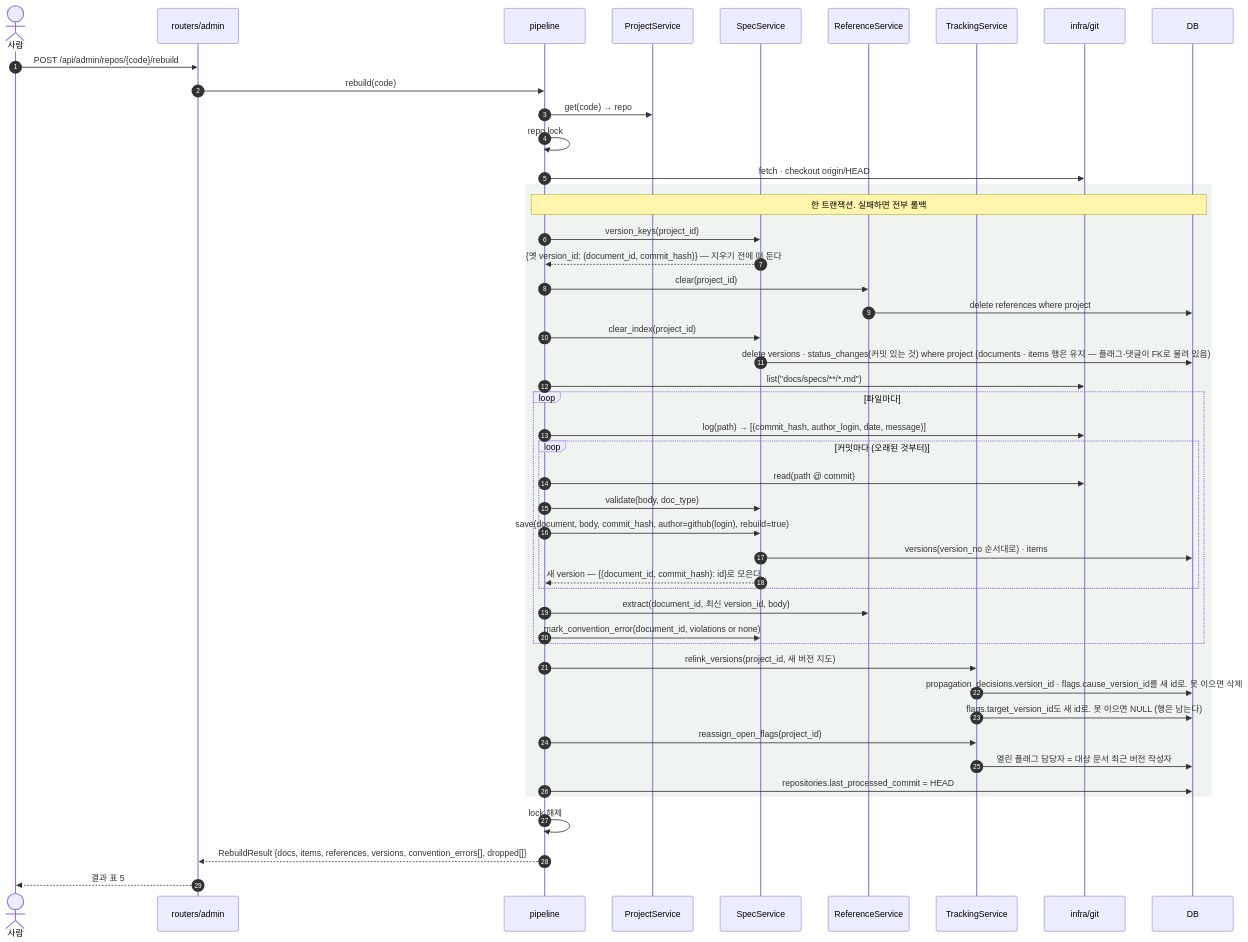
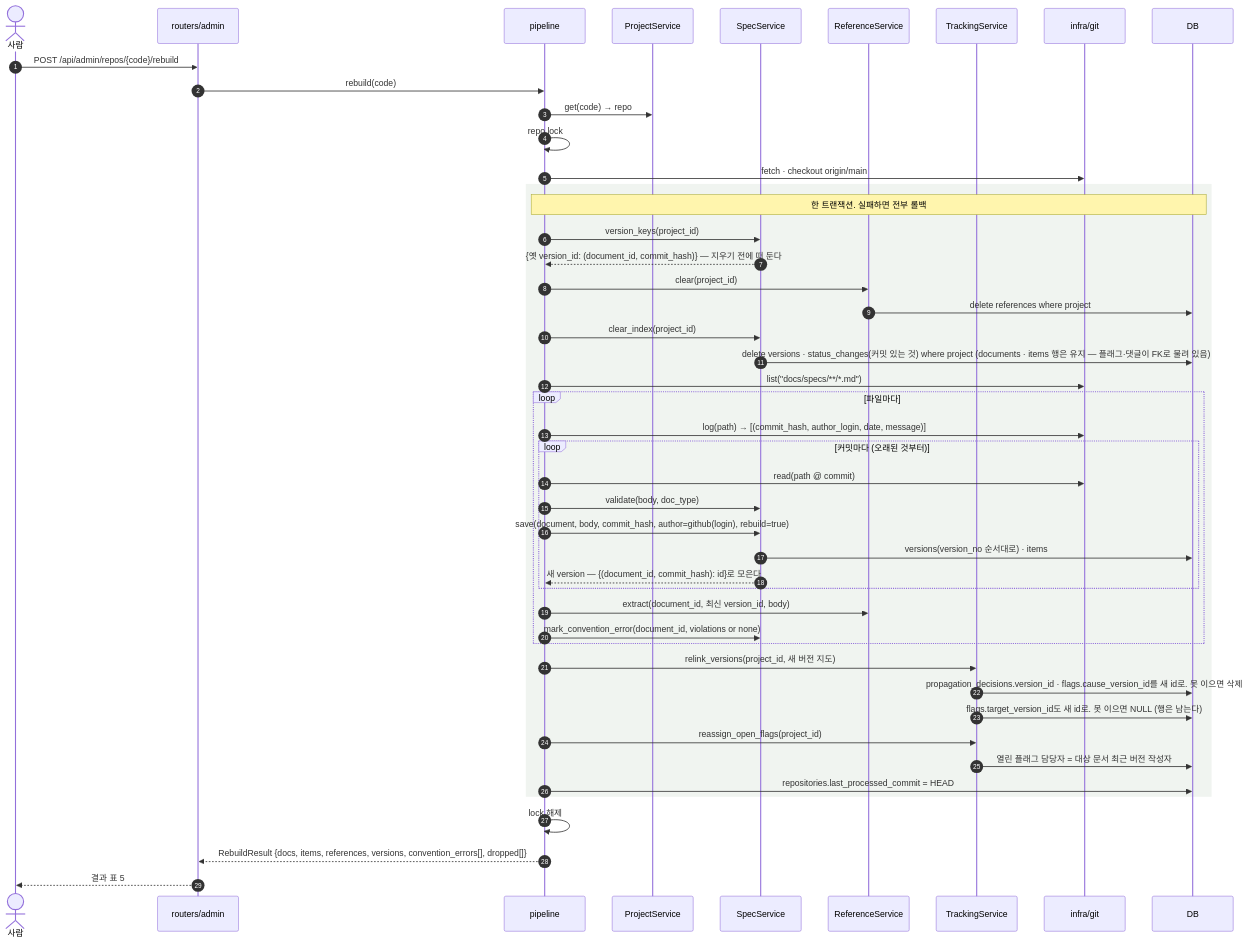
One commit to HoyoungParkme/syncdoc changed diagram 21 of 23 in docs/specs/09-SEQ/SYNC-SEQ-001.md. Above: the diagram before and after it, drawn with Mermaid. The commit also changed other lines of this file and 11 other files, not shown here.

````diff
--- a/docs/specs/09-SEQ/SYNC-SEQ-001.md
+++ b/docs/specs/09-SEQ/SYNC-SEQ-001.md
@@ -1024,50 +1029,50 @@
 ```mermaid
 sequenceDiagram
     autonumber
     actor U as 사람
     participant RA as routers/admin
     participant P as pipeline
     participant PS as ProjectService
     participant S as SpecService
     participant R as ReferenceService
     participant T as TrackingService
     participant G as infra/git
     participant DB
 
     U->>RA: POST /api/admin/repos/{code}/rebuild
     RA->>P: rebuild(code)
     P->>PS: get(code) → repo
     P->>P: repo lock
-    P->>G: fetch · checkout origin/HEAD
+    P->>G: fetch · checkout origin/main
     rect rgb(240,244,240)
         Note over P,DB: 한 트랜잭션. 실패하면 전부 롤백
         P->>S: version_keys(project_id)
         S-->>P: {옛 version_id: (document_id, commit_hash)} — 지우기 전에 떠 둔다
         P->>R: clear(project_id)
         R->>DB: delete references where project
         P->>S: clear_index(project_id)
         S->>DB: delete versions · status_changes(커밋 있는 것) where project (documents · items 행은 유지 — 플래그·댓글이 FK로 물려 있음)
         P->>G: list("docs/specs/**/*.md")
         loop 파일마다
             P->>G: log(path) → [(commit_hash, author_login, date, message)]
             loop 커밋마다 (오래된 것부터)
                 P->>G: read(path @ commit)
                 P->>S: validate(body, doc_type)
                 P->>S: save(document, body, commit_hash, author=github(login), rebuild=true)
                 S->>DB: versions(version_no 순서대로) · items
                 S-->>P: 새 version — {(document_id, commit_hash): id}로 모은다
             end
             P->>R: extract(document_id, 최신 version_id, body)
             P->>S: mark_convention_error(document_id, violations or none)
         end
         P->>T: relink_versions(project_id, 새 버전 지도)
         T->>DB: propagation_decisions.version_id · flags.cause_version_id를 새 id로. 못 이으면 삭제
         T->>DB: flags.target_version_id도 새 id로. 못 이으면 NULL (행은 남는다)
         P->>T: reassign_open_flags(project_id)
         T->>DB: 열린 플래그 담당자 = 대상 문서 최근 버전 작성자
         P->>DB: repositories.last_processed_commit = HEAD
     end
     P->>P: lock 해제
     P-->>RA: RebuildResult {docs, items, references, versions, convention_errors[], dropped[]}
     RA-->>U: 결과 표 5
 ```
````
